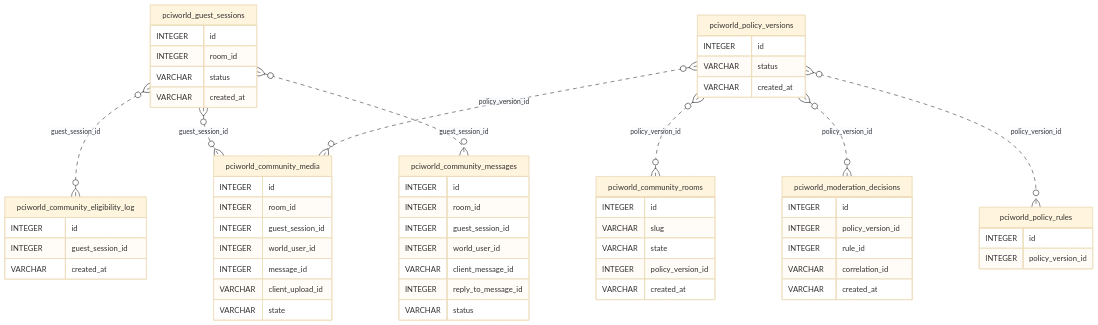
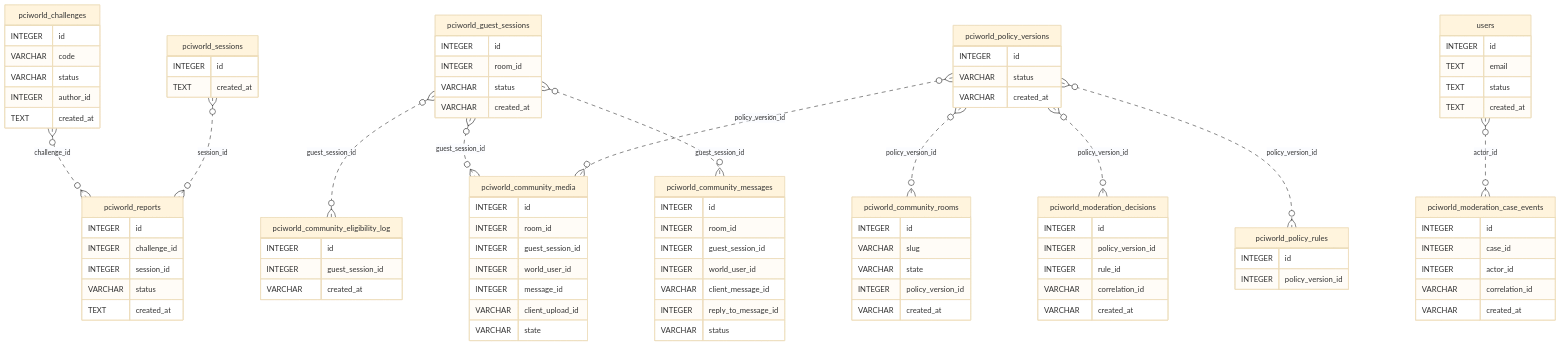
Before and after one commit to hariswahidkhan-star/PCI: the first of 17 diagrams in docs/PCI_DATABASE_ERD.md, drawn with Mermaid (base theme). The commit also changed other lines of this file and 2 other files, not shown here.

````diff
--- a/docs/PCI_DATABASE_ERD.md
+++ b/docs/PCI_DATABASE_ERD.md
@@ -25,5 +25,12 @@
 ```mermaid
 erDiagram
+    pciworld_challenges {
+        INTEGER id
+        VARCHAR code
+        VARCHAR status
+        INTEGER author_id
+        TEXT created_at
+    }
     pciworld_community_eligibility_log {
         INTEGER id
         INTEGER guest_session_id
@@ -60,6 +67,13 @@
         VARCHAR status
         VARCHAR created_at
     }
+    pciworld_moderation_case_events {
+        INTEGER id
+        INTEGER case_id
+        INTEGER actor_id
+        VARCHAR correlation_id
+        VARCHAR created_at
+    }
     pciworld_moderation_decisions {
         INTEGER id
         INTEGER policy_version_id
@@ -76,11 +90,31 @@
         VARCHAR status
         VARCHAR created_at
     }
+    pciworld_reports {
+        INTEGER id
+        INTEGER challenge_id
+        INTEGER session_id
+        VARCHAR status
+        TEXT created_at
+    }
+    pciworld_sessions {
+        INTEGER id
+        TEXT created_at
+    }
+    users {
+        INTEGER id
+        TEXT email
+        TEXT status
+        TEXT created_at
+    }
     pciworld_guest_sessions }o..o{ pciworld_community_eligibility_log : "guest_session_id"
     pciworld_guest_sessions }o..o{ pciworld_community_media : "guest_session_id"
     pciworld_policy_versions }o..o{ pciworld_community_media : "policy_version_id"
     pciworld_guest_sessions }o..o{ pciworld_community_messages : "guest_session_id"
     pciworld_policy_versions }o..o{ pciworld_community_rooms : "policy_version_id"
+    users }o..o{ pciworld_moderation_case_events : "actor_id"
     pciworld_policy_versions }o..o{ pciworld_moderation_decisions : "policy_version_id"
     pciworld_policy_versions }o..o{ pciworld_policy_rules : "policy_version_id"
+    pciworld_challenges }o..o{ pciworld_reports : "challenge_id"
+    pciworld_sessions }o..o{ pciworld_reports : "session_id"
 ```
````
